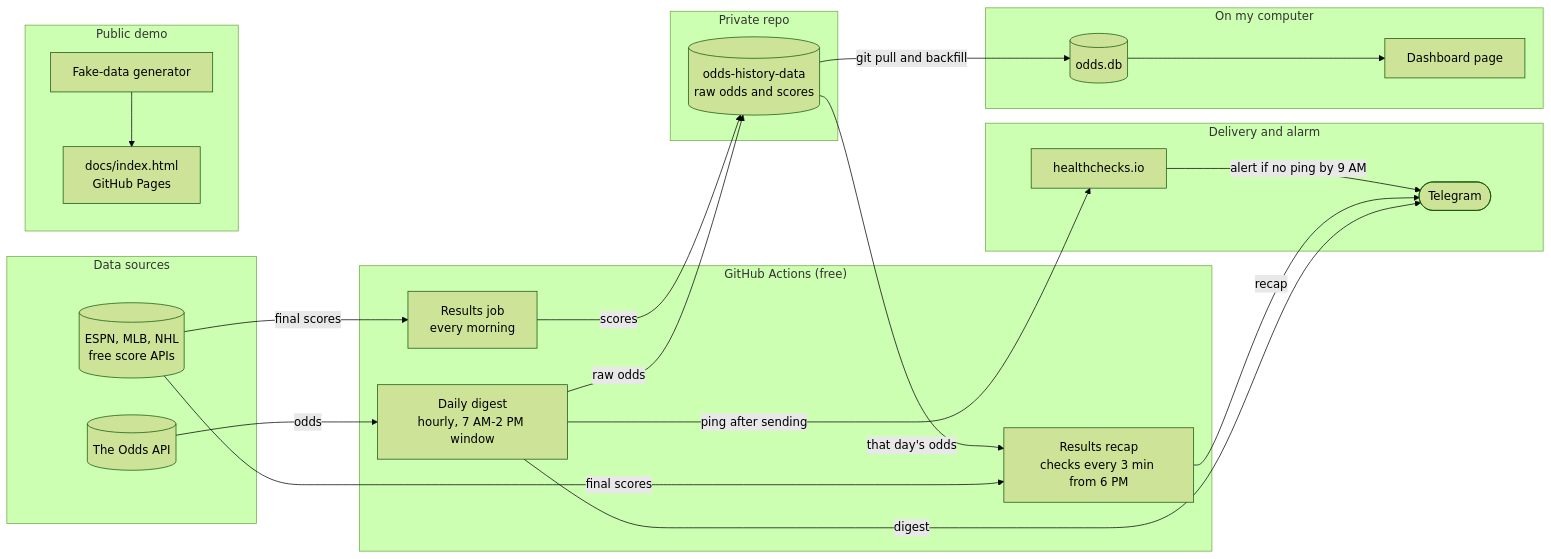
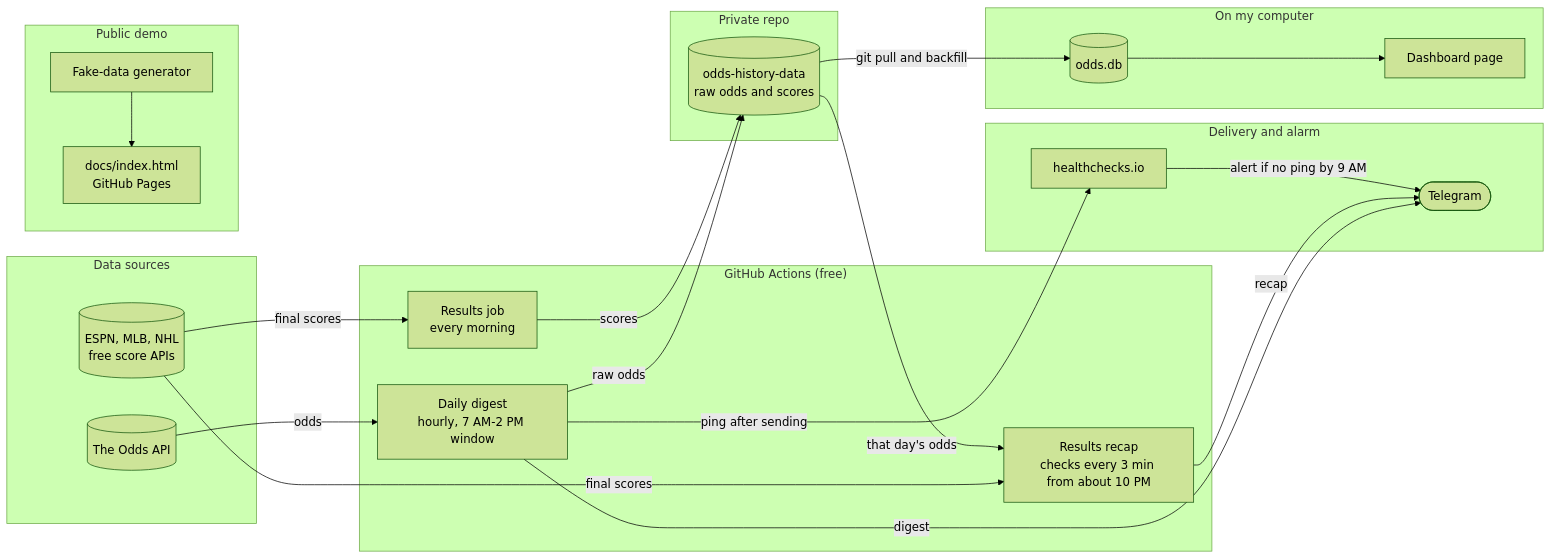
One commit to Vic-Analytics/odds-bot changed the diagram in README.md. Above: the diagram before and after it, drawn with Mermaid (forest theme). The commit also changed other lines of this file and 6 other files, not shown here.

````diff
--- a/README.md
+++ b/README.md
@@ -87,42 +87,42 @@
 ```mermaid
 flowchart LR
     subgraph sources["Data sources"]
         oddsapi[("The Odds API")]
         scoresapi[("ESPN, MLB, NHL<br/>free score APIs")]
     end
 
     subgraph cloud["GitHub Actions (free)"]
         digest["Daily digest<br/>hourly, 7 AM-2 PM window"]
         results["Results job<br/>every morning"]
-        recap["Results recap<br/>checks every 3 min from 6 PM"]
+        recap["Results recap<br/>checks every 3 min from about 10 PM"]
     end
 
     subgraph store["Private repo"]
         data[("odds-history-data<br/>raw odds and scores")]
     end
 
     subgraph out["Delivery and alarm"]
         telegram(["Telegram"])
         hc["healthchecks.io"]
     end
 
     subgraph mine["On my computer"]
         db[("odds.db")] --> dashboard["Dashboard page"]
     end
 
     subgraph demo["Public demo"]
         gen["Fake-data generator"] --> demopage["docs/index.html<br/>GitHub Pages"]
     end
 
     oddsapi -->|odds| digest
     scoresapi -->|final scores| results
     scoresapi -->|final scores| recap
     digest -->|raw odds| data
     results -->|scores| data
     data -->|that day's odds| recap
     digest -->|digest| telegram
     recap -->|recap| telegram
     digest -->|ping after sending| hc
     hc -->|alert if no ping by 9 AM| telegram
     data -->|git pull and backfill| db
 ```
````
